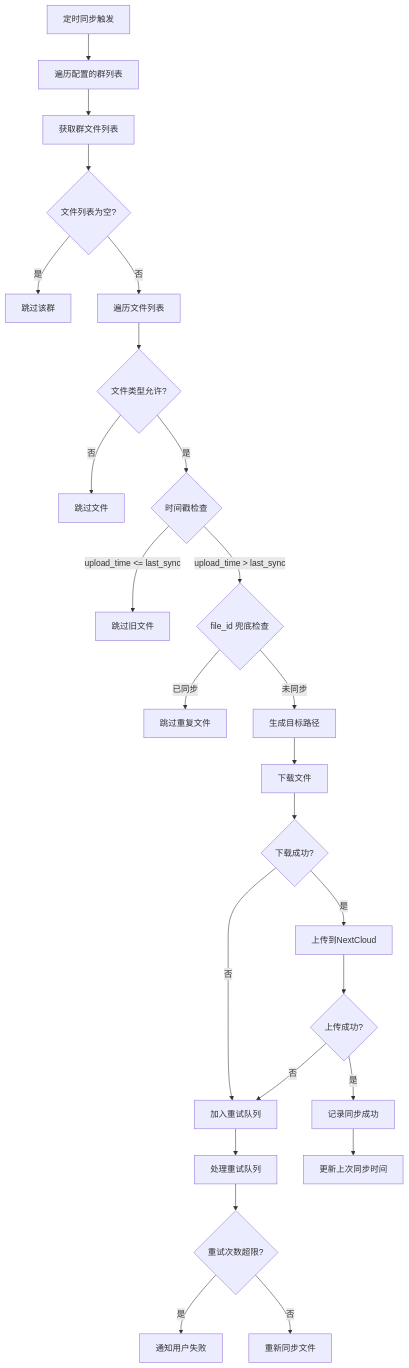
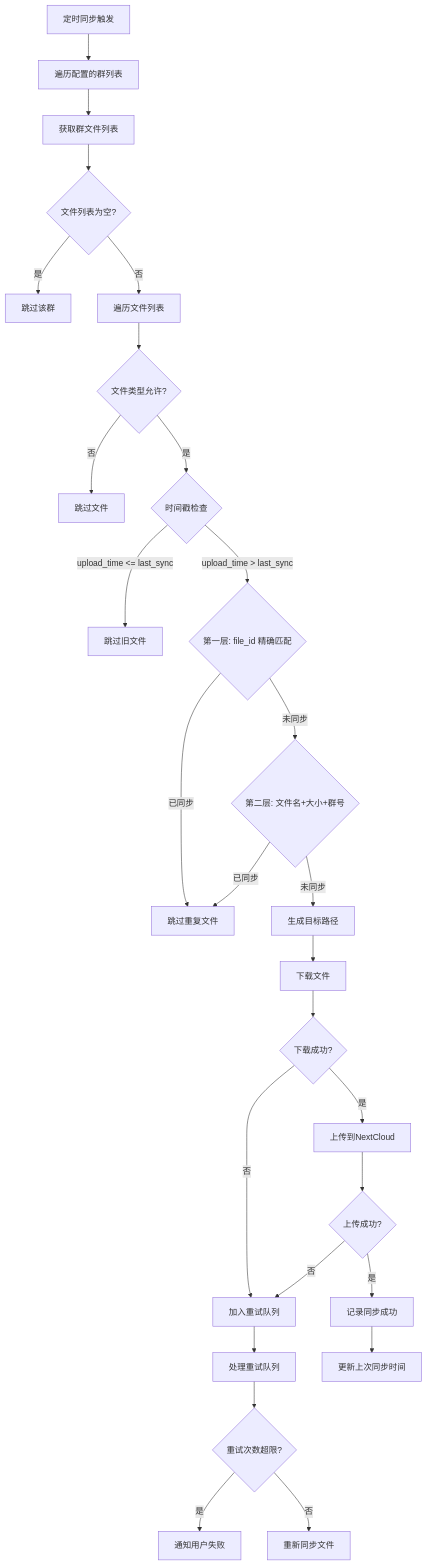
Before and after one commit to Gal-criticism/astrbot_file_sync_plugin: the first of 2 diagrams in README.md, drawn with Mermaid. The commit also changed other lines of this file, not shown here.

````diff
--- a/README.md
+++ b/README.md
@@ -20,34 +21,37 @@
 ```mermaid
 flowchart TD
     A[定时同步触发] --> B[遍历配置的群列表]
     B --> C[获取群文件列表]
     C --> D{文件列表为空?}
     D -->|是| E[跳过该群]
     D -->|否| F[遍历文件列表]
     
     F --> G{文件类型允许?}
     G -->|否| H[跳过文件]
     G -->|是| I{时间戳检查}
-    
+
     I -->|upload_time <= last_sync| J[跳过旧文件]
-    I -->|upload_time > last_sync| K{file_id 兜底检查}
-    
+    I -->|upload_time > last_sync| K{第一层: file_id 精确匹配}
+
     K -->|已同步| L[跳过重复文件]
-    K -->|未同步| M[生成目标路径]
+    K -->|未同步| K2{第二层: 文件名+大小+群号}
+
+    K2 -->|已同步| L
+    K2 -->|未同步| M[生成目标路径]
     
     M --> N[下载文件]
     N --> O{下载成功?}
     O -->|否| P[加入重试队列]
     O -->|是| Q[上传到NextCloud]
     
     Q --> R{上传成功?}
     R -->|否| P
     R -->|是| S[记录同步成功]
     
     S --> T[更新上次同步时间]
     P --> U[处理重试队列]
     
     U --> V{重试次数超限?}
     V -->|是| W[通知用户失败]
     V -->|否| X[重新同步文件]
 ```
````
